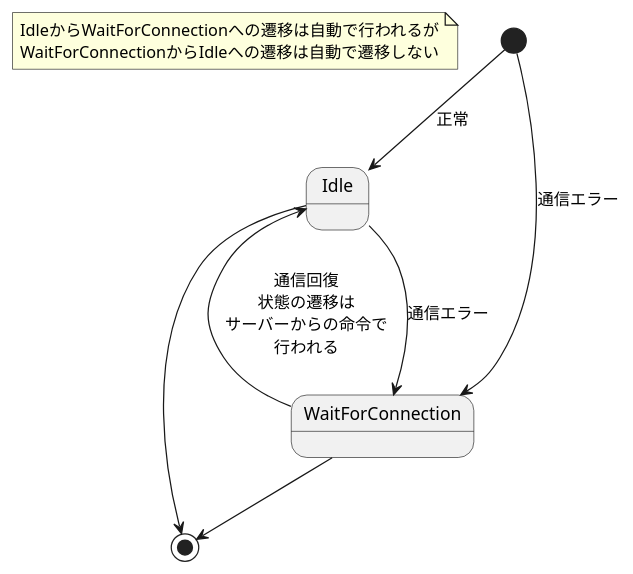
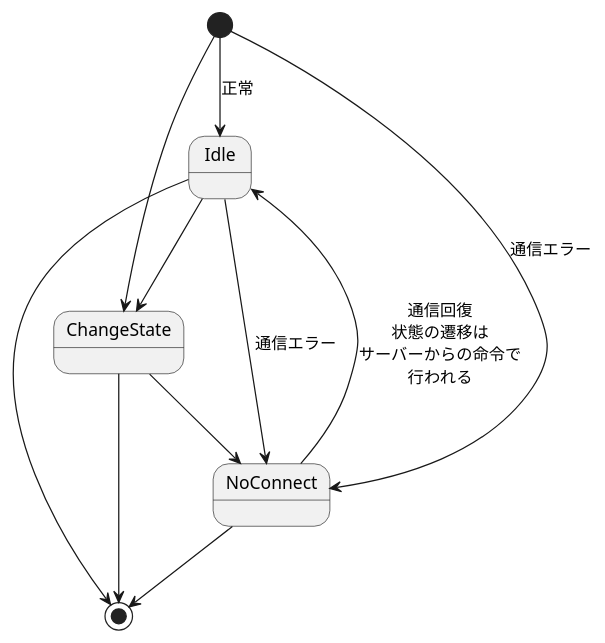
The diagram in doc/uml/state_machine/rat/sub_state_idle.pu (yudai0804/cat-gpt), drawn with PlantUML before and after one commit. The commit also changed 4 other files, not shown here.

```diff
--- a/doc/uml/state_machine/rat/sub_state_idle.pu
+++ b/doc/uml/state_machine/rat/sub_state_idle.pu
@@ -1,12 +1,14 @@
 @startuml
 
-note "IdleからWaitForConnectionへの遷移は自動で行われるが\nWaitForConnectionからIdleへの遷移は自動で遷移しない" as N1
-
 [*] --> Idle : 正常
-[*] --> WaitForConnection : 通信エラー
-Idle --> WaitForConnection : 通信エラー
-WaitForConnection --> Idle : 通信回復\n状態の遷移は\nサーバーからの命令で\n行われる
+[*] --> ChangeState
+Idle --> ChangeState
+ChangeState --> NoConnect
+[*] --> NoConnect : 通信エラー
+Idle --> NoConnect : 通信エラー
+NoConnect --> Idle : 通信回復\n状態の遷移は\nサーバーからの命令で\n行われる
+ChangeState --> [*]
 Idle --> [*]
-WaitForConnection --> [*]
+NoConnect --> [*]
 
 @enduml
```
